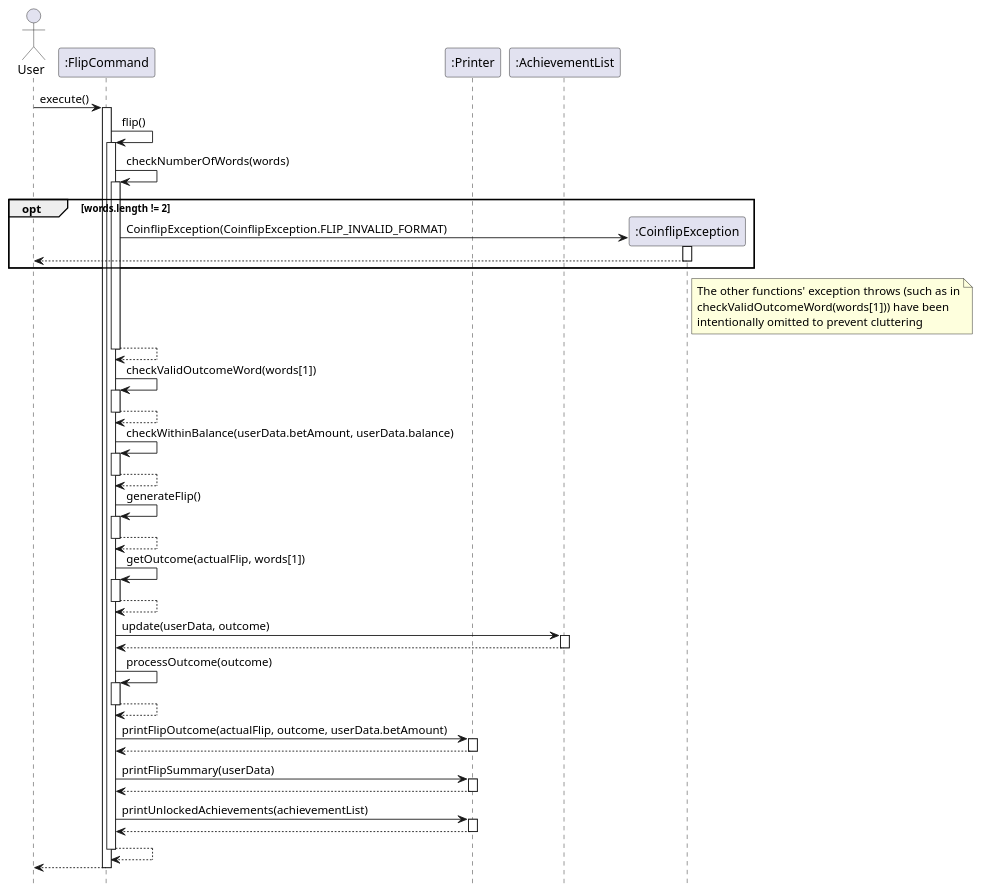
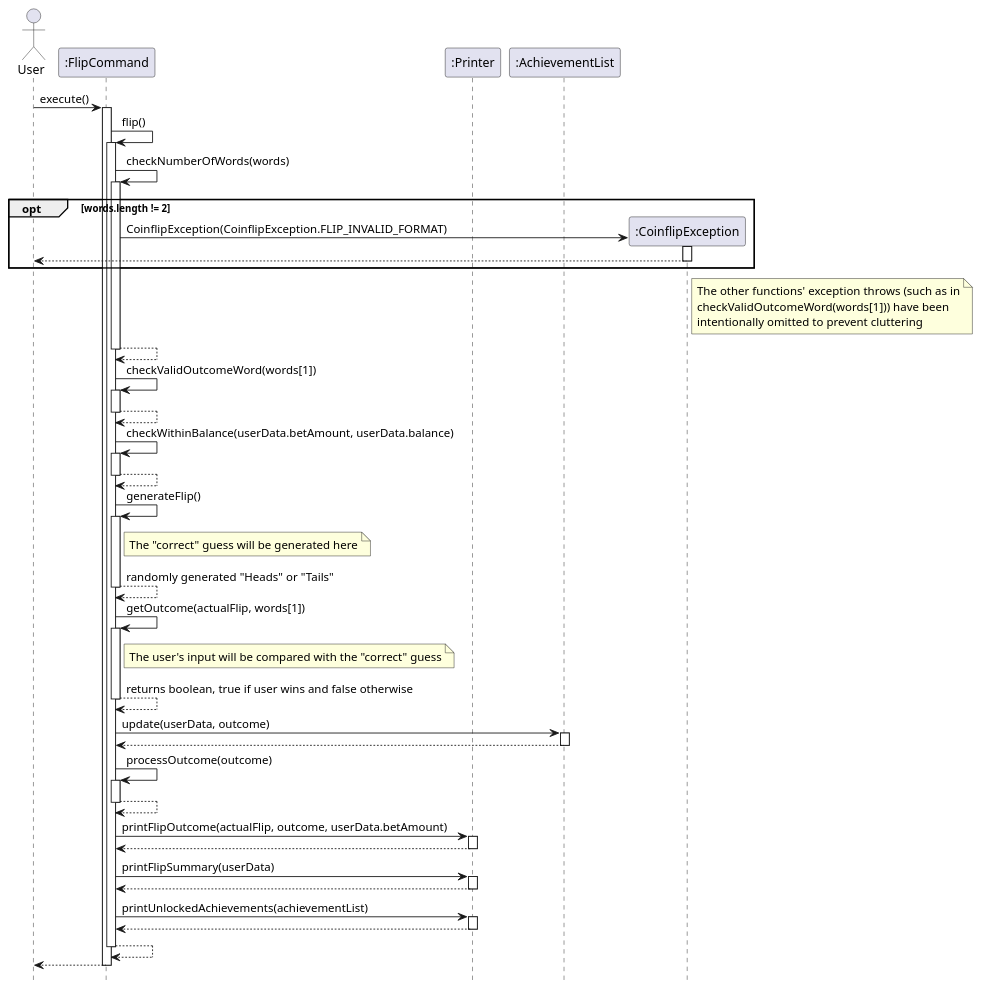
The diagram in docs/diagrams/flip.puml (timothyloh0523/tp), drawn with PlantUML before and after one commit. The commit also changed 4 other files, not shown here.

Commit message:
Edit UG, add reset sequence diagram to DG

```diff
--- a/docs/diagrams/flip.puml
+++ b/docs/diagrams/flip.puml
@@ -1,73 +1,79 @@
 @startuml
 actor User as User
 hide footbox
 participant FlipCommand as ":FlipCommand"
 participant Printer as ":Printer"
 participant AchievementList as ":AchievementList"
 participant CoinflipException as ":CoinflipException"
 
 User -> FlipCommand: execute()
 activate FlipCommand
 
 
 FlipCommand -> FlipCommand: flip()
 activate FlipCommand
 FlipCommand -> FlipCommand: checkNumberOfWords(words)
 activate FlipCommand
 opt words.length != 2
 create CoinflipException
 FlipCommand -> CoinflipException : CoinflipException(CoinflipException.FLIP_INVALID_FORMAT)
 activate CoinflipException
 CoinflipException --> User
 deactivate CoinflipException
 end
 note right of CoinflipException
 The other functions' exception throws (such as in
 checkValidOutcomeWord(words[1])) have been
 intentionally omitted to prevent cluttering
 end note
 FlipCommand --> FlipCommand
 deactivate FlipCommand
 FlipCommand -> FlipCommand: checkValidOutcomeWord(words[1])
 activate FlipCommand
 FlipCommand --> FlipCommand
 deactivate FlipCommand
 FlipCommand -> FlipCommand: checkWithinBalance(userData.betAmount, userData.balance)
 activate FlipCommand
 FlipCommand --> FlipCommand
 deactivate FlipCommand
 FlipCommand -> FlipCommand: generateFlip()
 activate FlipCommand
-FlipCommand --> FlipCommand
+note right of FlipCommand
+The "correct" guess will be generated here
+end note
+FlipCommand --> FlipCommand : randomly generated "Heads" or "Tails"
 deactivate FlipCommand
 FlipCommand -> FlipCommand: getOutcome(actualFlip, words[1])
 activate FlipCommand
-FlipCommand --> FlipCommand
+note right of FlipCommand
+The user's input will be compared with the "correct" guess
+end note
+FlipCommand --> FlipCommand : returns boolean, true if user wins and false otherwise
 deactivate FlipCommand
 FlipCommand -> AchievementList: update(userData, outcome)
 activate AchievementList
 AchievementList --> FlipCommand
 deactivate AchievementList
 FlipCommand -> FlipCommand: processOutcome(outcome)
 activate FlipCommand
 FlipCommand --> FlipCommand
 deactivate FlipCommand
 
 
 FlipCommand -> Printer: printFlipOutcome(actualFlip, outcome, userData.betAmount)
 activate Printer
 Printer --> FlipCommand
 deactivate Printer
 FlipCommand -> Printer: printFlipSummary(userData)
 activate Printer
 Printer --> FlipCommand
 deactivate Printer
 FlipCommand -> Printer: printUnlockedAchievements(achievementList)
 activate Printer
 Printer --> FlipCommand
 deactivate Printer
 FlipCommand --> FlipCommand
 deactivate FlipCommand
 FlipCommand --> User
 deactivate FlipCommand
 @enduml
```
